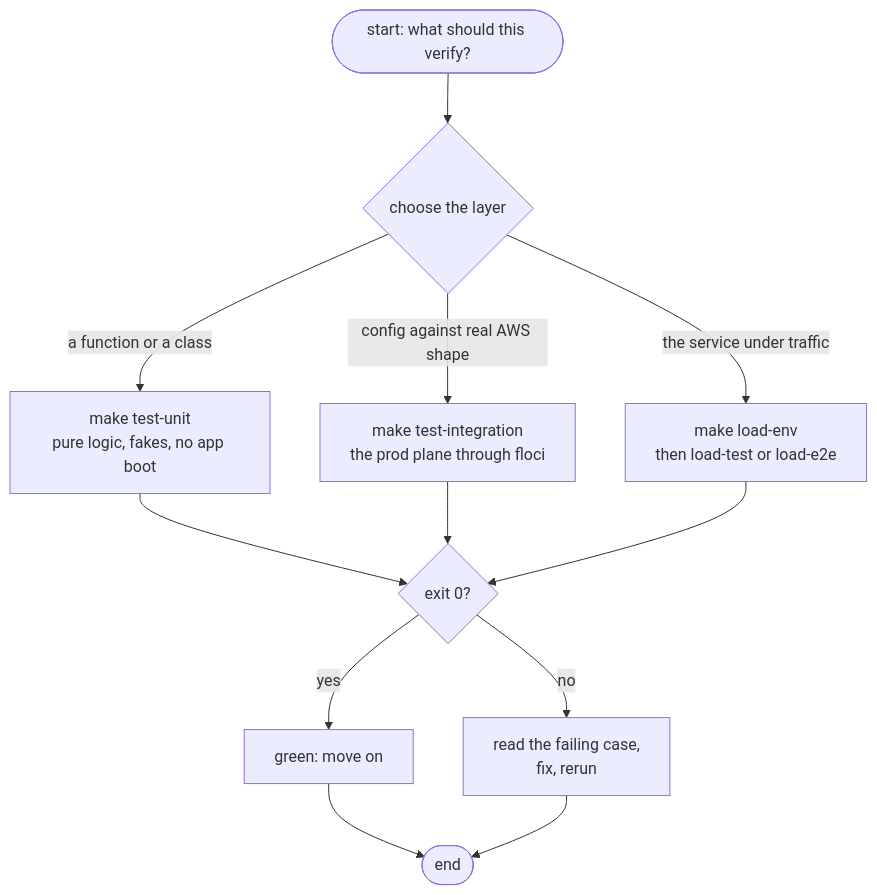
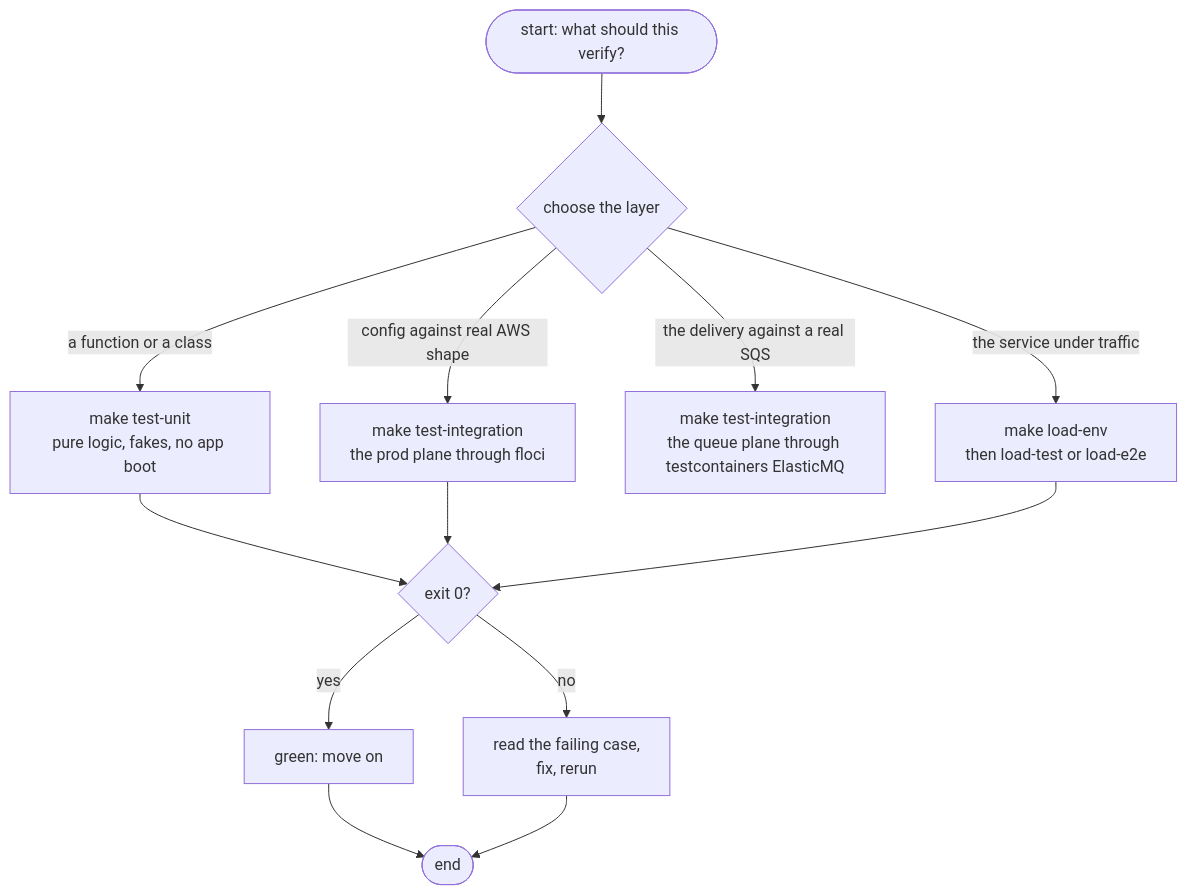
One commit to kunalPisolkar24/detectAI changed the first of 2 diagrams in services/payment-webhook/docs/guides/testing.md. Above: the diagram before and after it, drawn with Mermaid. The commit also changed other lines of this file and 9 other files, not shown here.

Commit message:
Add ElasticMQ integration suite and map queue outages to 503

````diff
--- a/services/payment-webhook/docs/guides/testing.md
+++ b/services/payment-webhook/docs/guides/testing.md
@@ -13,12 +14,13 @@
 ```mermaid
 graph TB
     START(["start: what should this verify?"]) --> CH{"choose the layer"}
     CH -->|"a function or a class"| U["make test-unit<br/>pure logic, fakes, no app boot"]
     CH -->|"config against real AWS shape"| I["make test-integration<br/>the prod plane through floci"]
+    CH -->|"the delivery against a real SQS"| Q["make test-integration<br/>the queue plane through testcontainers ElasticMQ"]
     CH -->|"the service under traffic"| L["make load-env<br/>then load-test or load-e2e"]
     U --> G{"exit 0?"}
     I --> G
     L --> G
     G -->|"yes"| PASS["green: move on"] --> END(["end"])
     G -->|"no"| FAIL["read the failing case,<br/>fix, rerun"] --> END
 ```
````
